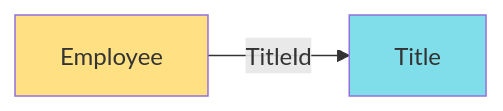
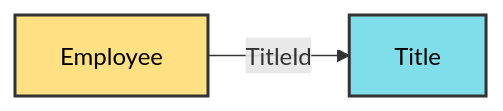
The fourth of 12 diagrams in XtraWork/14-GUIDE_COMPLET_DEBUTANT.md (inskillflow/ASPNETCORE-WEB-API-XtraWork-PART-2-INTEGRER-INTERFACES-1), drawn with Mermaid before and after one commit. The commit also changed other lines of this file, not shown here.

````diff
--- a/XtraWork/14-GUIDE_COMPLET_DEBUTANT.md
+++ b/XtraWork/14-GUIDE_COMPLET_DEBUTANT.md
@@ -260,10 +260,10 @@
 ```mermaid
 graph LR
     E[Employee]
     T[Title]
     
     E -->|TitleId| T
     
-    style E fill:#FFE082
-    style T fill:#80DEEA
+    style E fill:#FFE082,color:#000,stroke:#333,stroke-width:2px
+    style T fill:#80DEEA,color:#000,stroke:#333,stroke-width:2px
 ```
````
